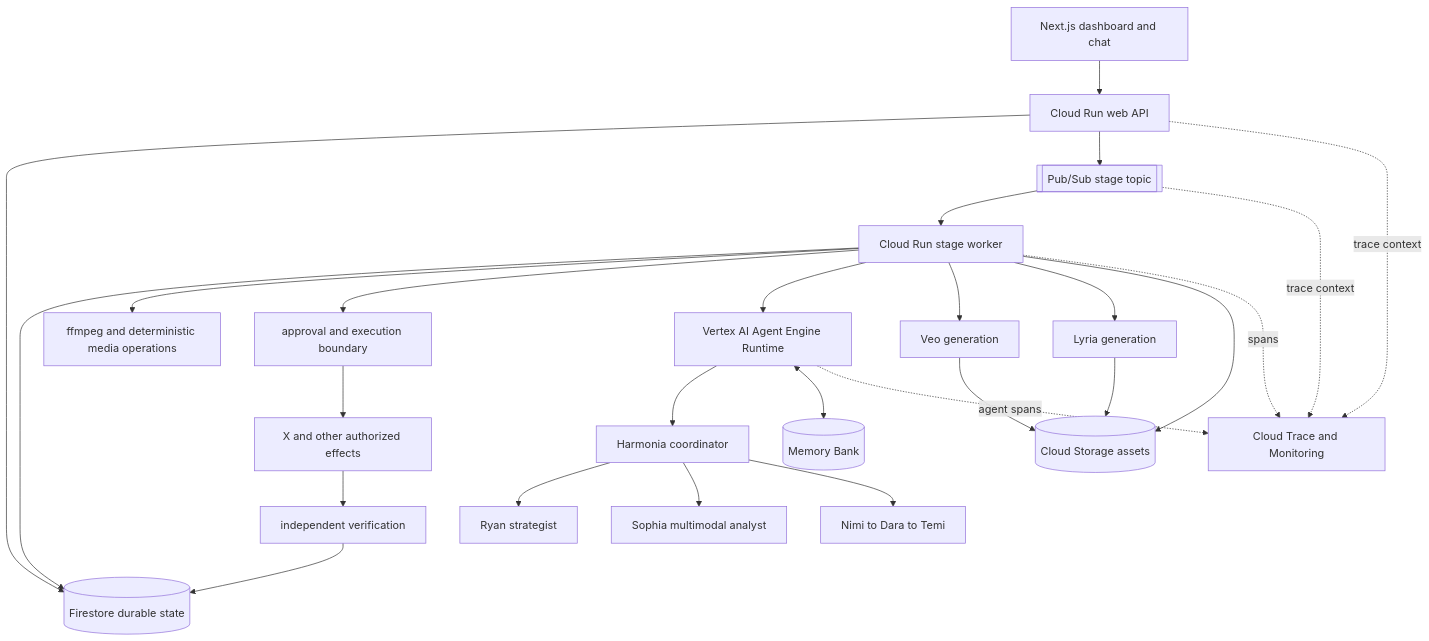
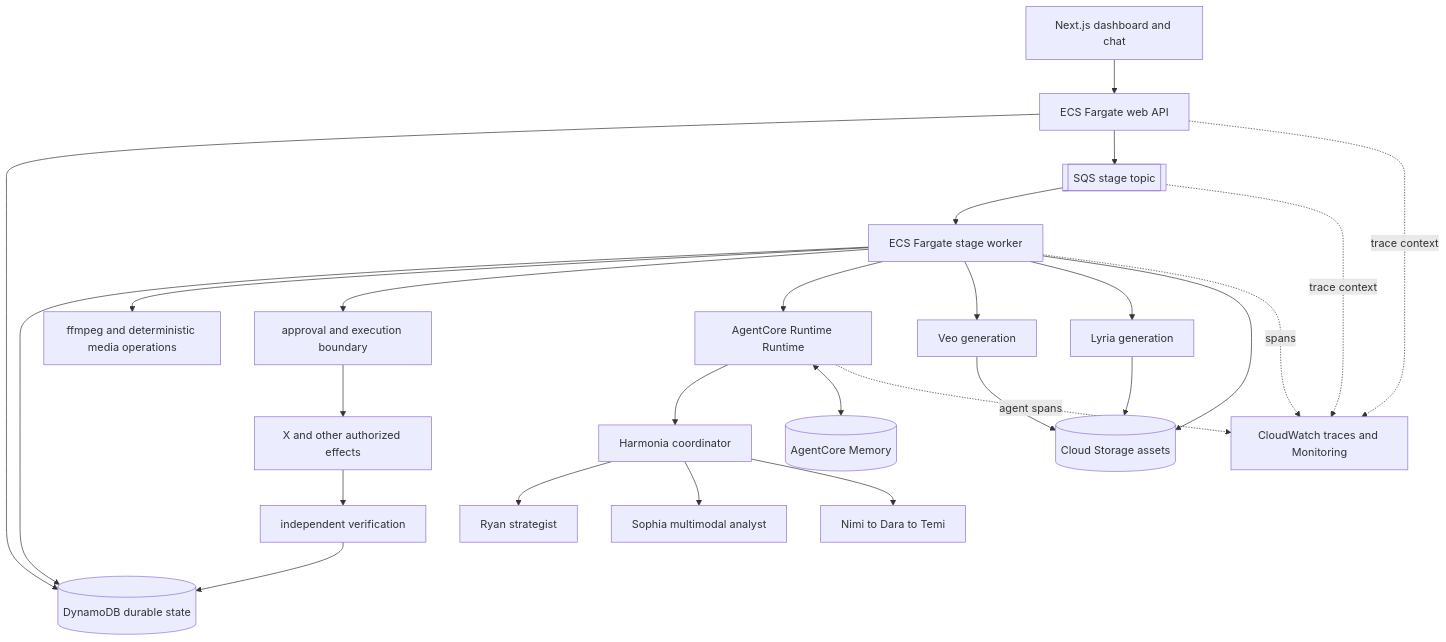
One commit to danielAsaboro/harmonia-agents-for-humans changed the diagram in docs/superpowers/specs/2026-08-23-managed-multimodel-agent-platform-design.md. Above: the diagram before and after it, drawn with Mermaid. The commit also changed other lines of this file and 616 other files, not shown here.

````diff
--- a/docs/superpowers/specs/2026-08-23-managed-multimodel-agent-platform-design.md
+++ b/docs/superpowers/specs/2026-08-23-managed-multimodel-agent-platform-design.md
@@ -44,32 +44,32 @@
 ```mermaid
 flowchart TB
-    UI[Next.js dashboard and chat] --> API[Cloud Run web API]
-    API --> FS[(Firestore durable state)]
-    API --> PS[[Pub/Sub stage topic]]
+    UI[Next.js dashboard and chat] --> API[ECS Fargate web API]
+    API --> FS[(DynamoDB durable state)]
+    API --> PS[[SQS stage topic]]
 
-    PS --> WORKER[Cloud Run stage worker]
+    PS --> WORKER[ECS Fargate stage worker]
     WORKER --> FS
     WORKER --> MEDIA[ffmpeg and deterministic media operations]
     WORKER --> POLICY[approval and execution boundary]
     POLICY --> EXT[X and other authorized effects]
     EXT --> VERIFY[independent verification]
     VERIFY --> FS
 
-    WORKER --> AER[Vertex AI Agent Engine Runtime]
+    WORKER --> AER[AgentCore Runtime Runtime]
     AER --> COORD[Harmonia coordinator]
     COORD --> STRAT[Ryan strategist]
     COORD --> ANALYST[Sophia multimodal analyst]
     COORD --> DRAFT[Nimi to Dara to Temi]
-    AER <--> MB[(Memory Bank)]
+    AER <--> MB[(AgentCore Memory)]
 
     WORKER --> VEO[Veo generation]
     WORKER --> LYRIA[Lyria generation]
     WORKER --> GCS[(Cloud Storage assets)]
     VEO --> GCS
     LYRIA --> GCS
 
-    API -. trace context .-> TRACE[Cloud Trace and Monitoring]
+    API -. trace context .-> TRACE[CloudWatch traces and Monitoring]
     PS -. trace context .-> TRACE
     WORKER -. spans .-> TRACE
     AER -. agent spans .-> TRACE
 ```
````
